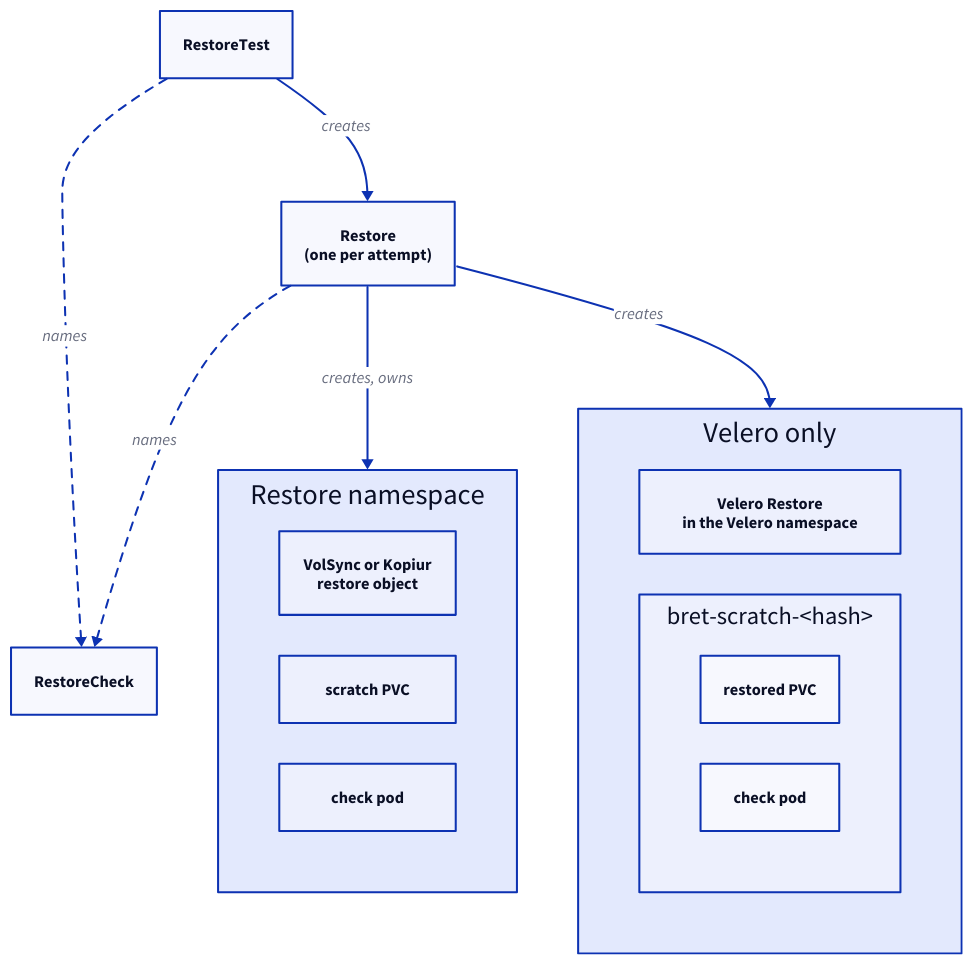
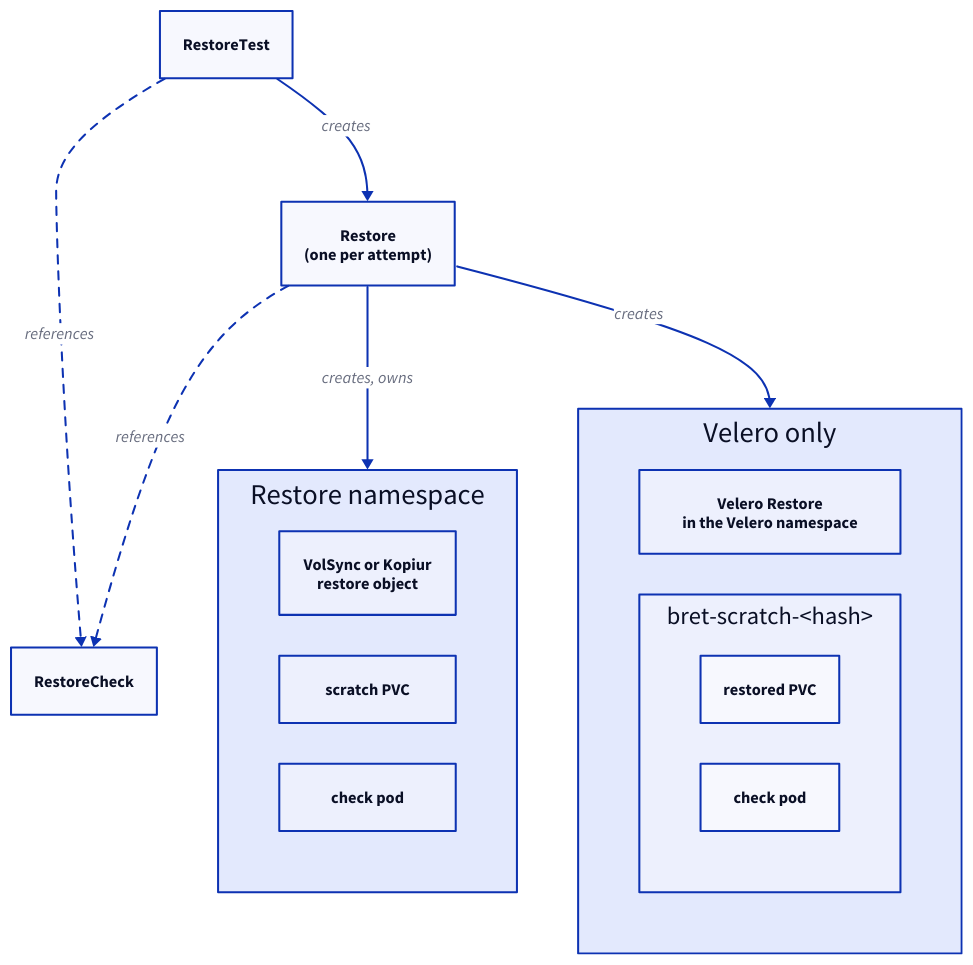
The diagram in docs/src/content/docs/concepts/overview.md (linogics/bret-operator), drawn with D2 before and after one commit. The commit also changed other lines of this file and 6 other files, not shown here.

````diff
--- a/docs/src/content/docs/concepts/overview.md
+++ b/docs/src/content/docs/concepts/overview.md
@@ -30,26 +30,26 @@
 ```d2 title="How RestoreTest, Restore, RestoreCheck and the objects bret creates refer to each other"
 direction: down
 rt: RestoreTest
 rc: RestoreCheck
 r: "Restore\n(one per attempt)"
 yours: "Restore namespace" {
   grid-columns: 1
   native: "VolSync or Kopiur\nrestore object"
   pvc: scratch PVC
   pod: check pod
 }
 velero: "Velero only" {
   grid-columns: 1
   vr: "Velero Restore\nin the Velero namespace"
   scratch: "bret-scratch-<hash>" {
     grid-columns: 1
     pvc: restored PVC
     pod: check pod
   }
 }
 rt -> r: creates
-rt -> rc: names {style.stroke-dash: 4}
-r -> rc: names {style.stroke-dash: 4}
+rt -> rc: references {style.stroke-dash: 4}
+r -> rc: references {style.stroke-dash: 4}
 r -> yours: "creates, owns"
 r -> velero: creates
 ```
````
